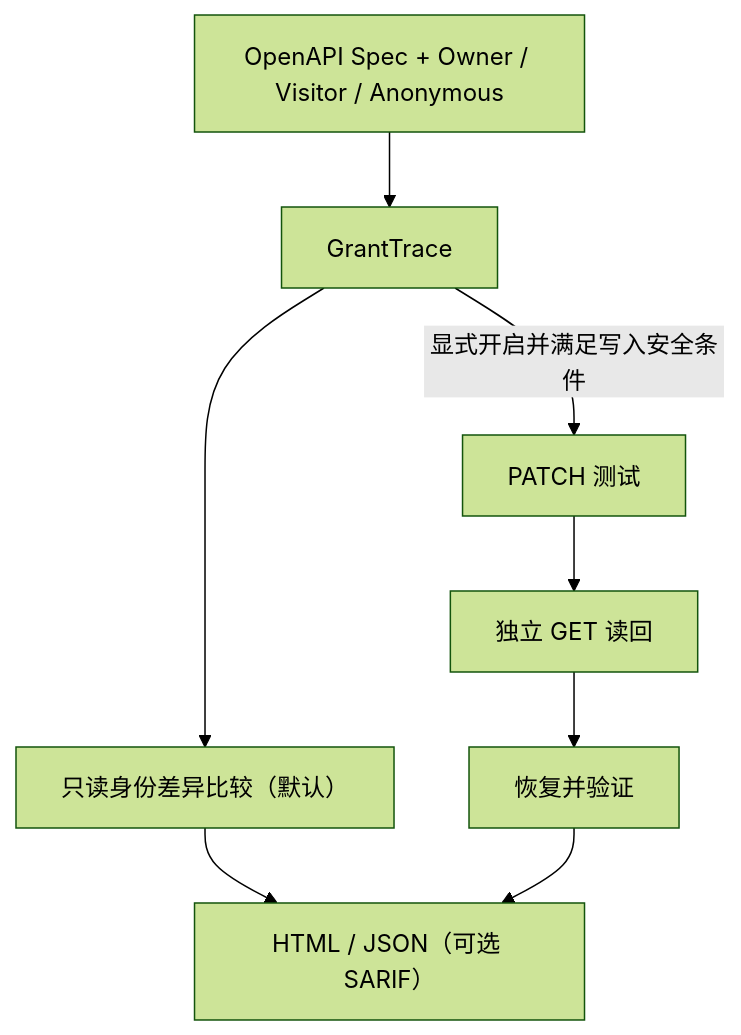
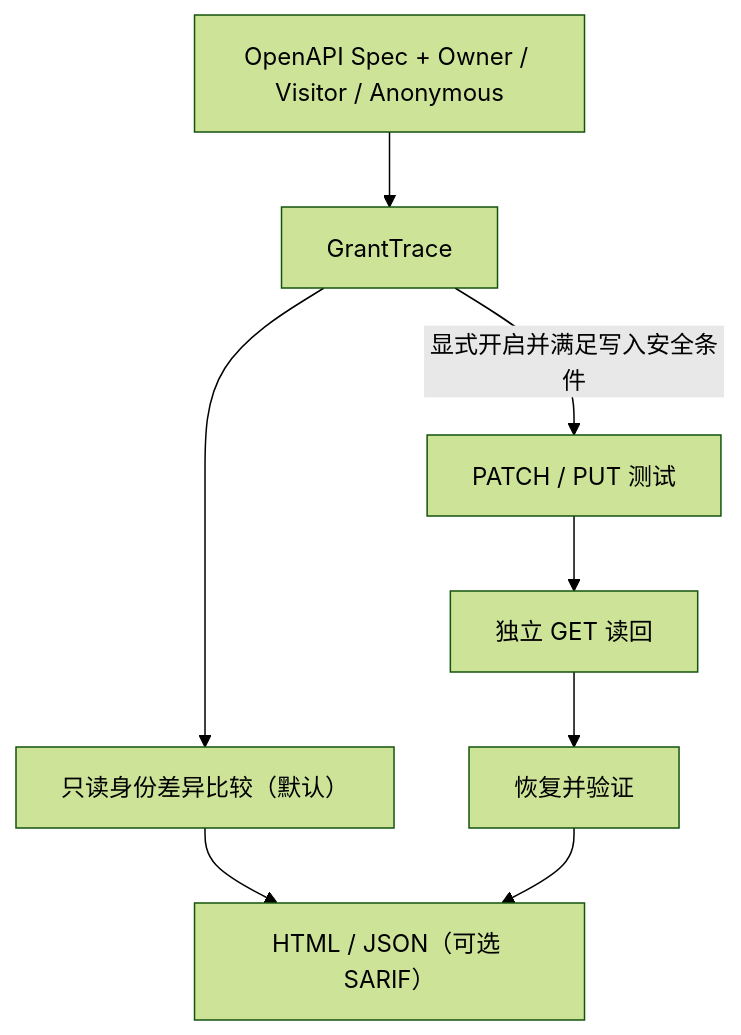
One commit to ysc070528/granttrace changed the diagram in README.md. Above: the diagram before and after it, drawn with Mermaid (forest theme). The commit also changed other lines of this file and 10 other files, not shown here.

````diff
--- a/README.md
+++ b/README.md
@@ -53,10 +53,10 @@
 ```mermaid
 flowchart TD
     A["OpenAPI Spec + Owner / Visitor / Anonymous"] --> B["GrantTrace"]
     B --> C["只读身份差异比较（默认）"]
     C --> R["HTML / JSON（可选 SARIF）"]
-    B -->|显式开启并满足写入安全条件| W["PATCH 测试"]
+    B -->|显式开启并满足写入安全条件| W["PATCH / PUT 测试"]
     W --> D["独立 GET 读回"]
     D --> E["恢复并验证"]
     E --> R
 ```
````
